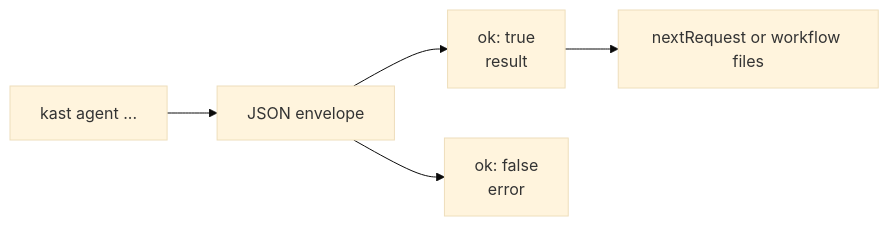
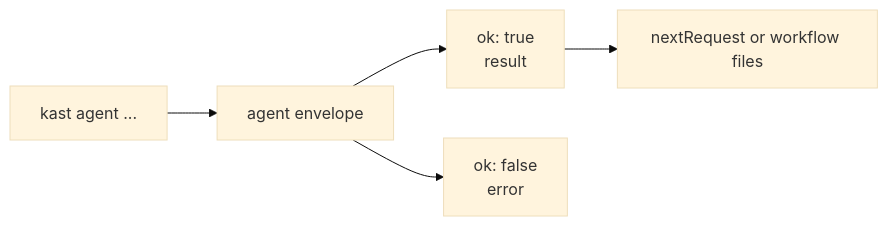
Before and after one commit to amichne/kast: the first of 2 diagrams in docs/commands/agent.md, drawn with Mermaid (base theme). The commit also changed other lines of this file and 2 other files, not shown here.

Commit message:
docs: document toon agent output

````diff
--- a/docs/commands/agent.md
+++ b/docs/commands/agent.md
@@ -30,13 +38,13 @@
 ```mermaid
 flowchart LR
     command["kast agent ..."]
-    envelope["JSON envelope"]
+    envelope["agent envelope"]
     ok["ok: true<br/>result"]
     error["ok: false<br/>error"]
     next["nextRequest or workflow files"]
 
     command --> envelope
     envelope --> ok
     envelope --> error
     ok --> next
 ```
````
